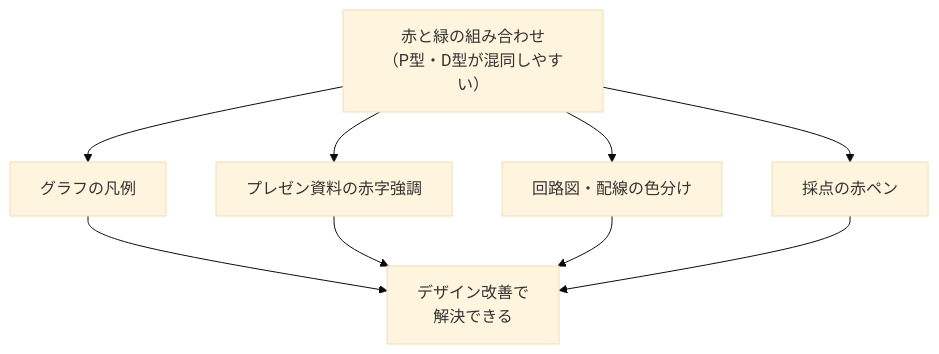
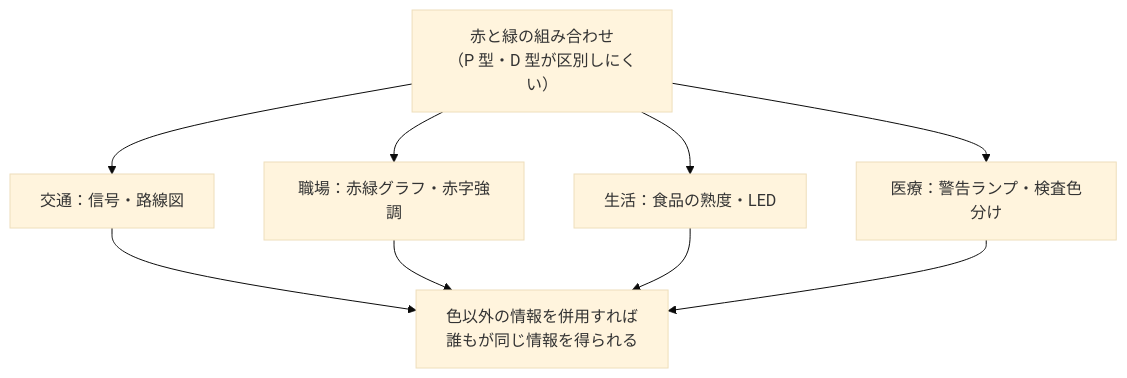
The second of 3 diagrams in docs/lessons/lesson20/index.md (ozaki25/color-coordination-training-ozaki25), drawn with Mermaid (base theme) before and after one commit. The commit also changed other lines of this file and 10 other files, not shown here.

````diff
--- a/docs/lessons/lesson20/index.md
+++ b/docs/lessons/lesson20/index.md
@@ -61,11 +73,11 @@
 ```mermaid
 graph TD
-    A["赤と緑の組み合わせ\n（P型・D型が混同しやすい）"] --> B["グラフの凡例"]
-    A --> C["プレゼン資料の赤字強調"]
-    A --> D["回路図・配線の色分け"]
-    A --> E["採点の赤ペン"]
-    B --> F["デザイン改善で\n解決できる"]
+    A["赤と緑の組み合わせ\n（P 型・D 型が区別しにくい）"] --> B["交通：信号・路線図"]
+    A --> C["職場：赤緑グラフ・赤字強調"]
+    A --> D["生活：食品の熟度・LED"]
+    A --> E["医療：警告ランプ・検査色分け"]
+    B --> F["色以外の情報を併用すれば\n誰もが同じ情報を得られる"]
     C --> F
     D --> F
     E --> F
 ```
````
